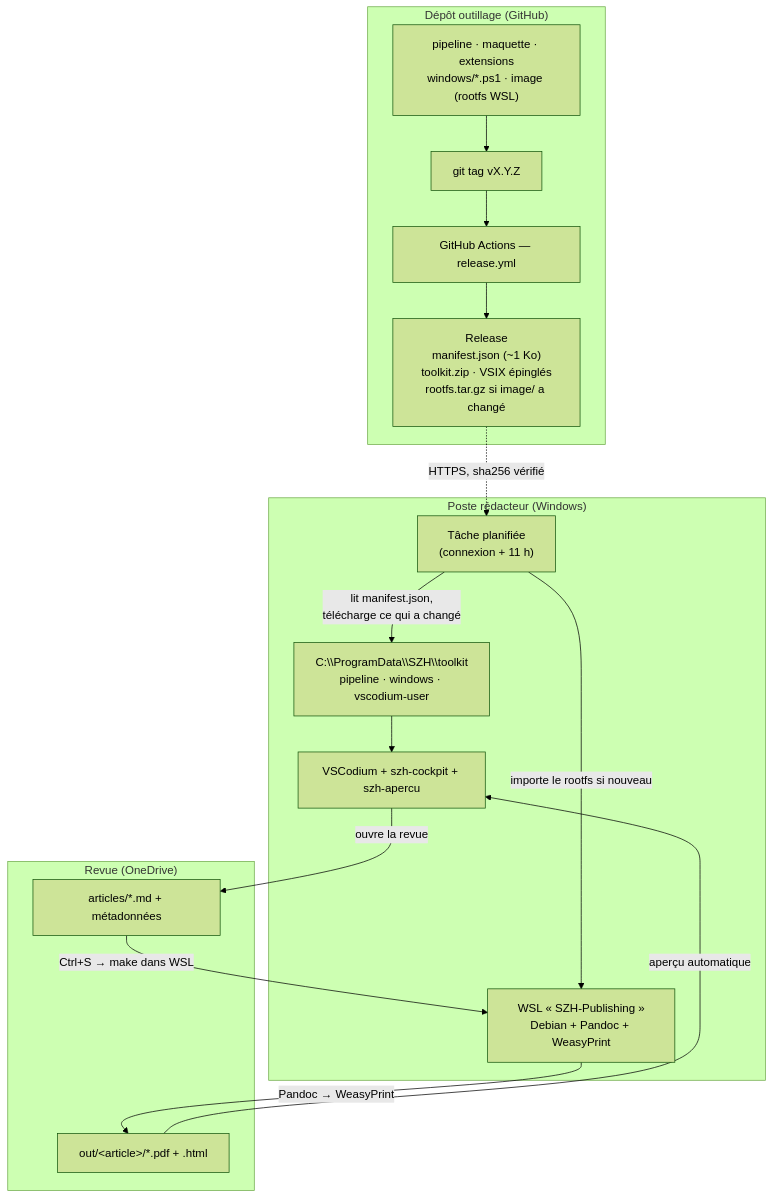
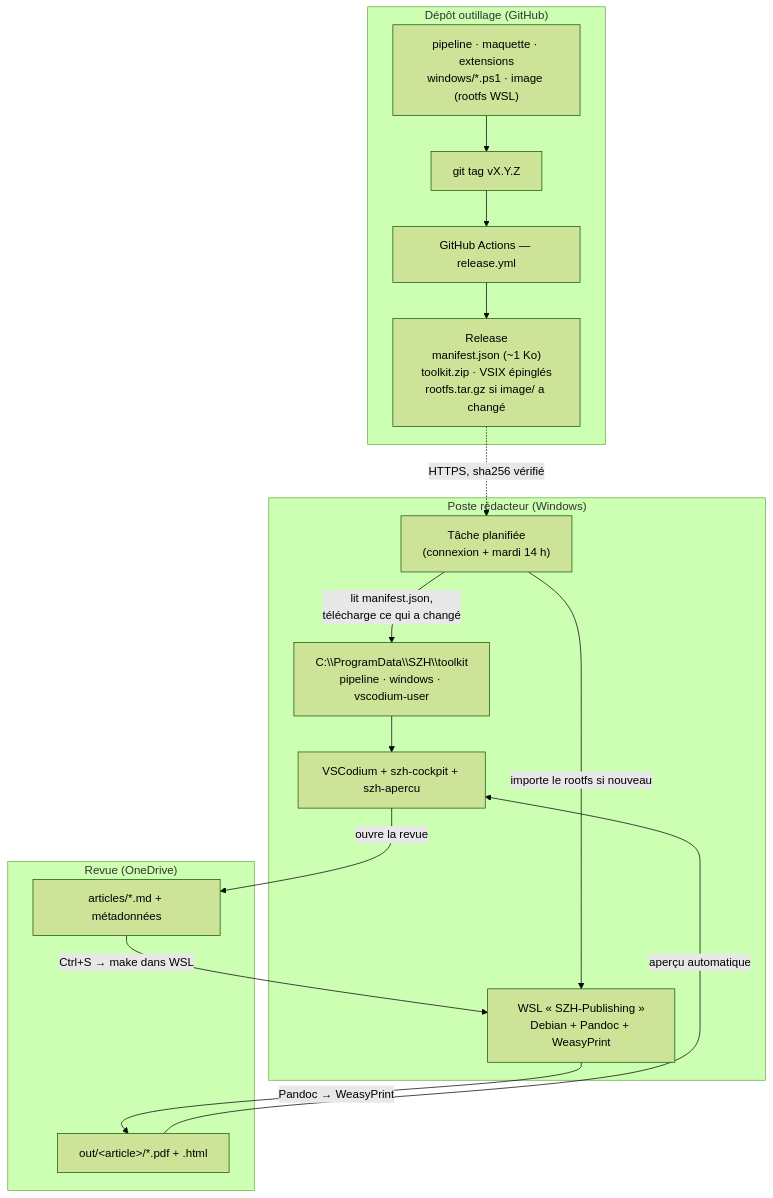
Before and after one commit to SZH-CSPS/szh-publishing-toolchain: the diagram in docs/ARCHITECTURE.md, drawn with Mermaid (forest theme). The commit also changed other lines of this file and 64 other files, not shown here.

````diff
--- a/docs/ARCHITECTURE.md
+++ b/docs/ARCHITECTURE.md
@@ -24,31 +24,31 @@
 ```mermaid
 flowchart TB
     subgraph DEV["Dépôt outillage (GitHub)"]
         SRC["pipeline · maquette · extensions<br/>windows/*.ps1 · image (rootfs WSL)"]
         TAG["git tag vX.Y.Z"]
         CI["GitHub Actions — release.yml"]
         REL["Release<br/>manifest.json (~1 Ko)<br/>toolkit.zip · VSIX épinglés<br/>rootfs.tar.gz si image/ a changé"]
         SRC --> TAG --> CI --> REL
     end
 
     subgraph POSTE["Poste rédacteur (Windows)"]
-        TASK["Tâche planifiée<br/>(connexion + 11 h)"]
+        TASK["Tâche planifiée<br/>(connexion + mardi 14 h)"]
         TOOLKIT["C:\\ProgramData\\SZH\\toolkit<br/>pipeline · windows · vscodium-user"]
         WSL["WSL « SZH-Publishing »<br/>Debian + Pandoc + WeasyPrint"]
         VSC["VSCodium + szh-cockpit + szh-apercu"]
         TASK -->|"lit manifest.json,<br/>télécharge ce qui a changé"| TOOLKIT
         TASK -->|"importe le rootfs si nouveau"| WSL
         TOOLKIT --> VSC
     end
 
     subgraph REVUE["Revue (OneDrive)"]
         MD["articles/*.md + métadonnées"]
         PDF["out/&lt;article&gt;/*.pdf + .html"]
     end
 
     REL -.->|"HTTPS, sha256 vérifié"| TASK
     VSC -->|"ouvre la revue"| MD
     MD -->|"Ctrl+S → make dans WSL"| WSL
     WSL -->|"Pandoc → WeasyPrint"| PDF
     PDF -->|"aperçu automatique"| VSC
 ```
````
